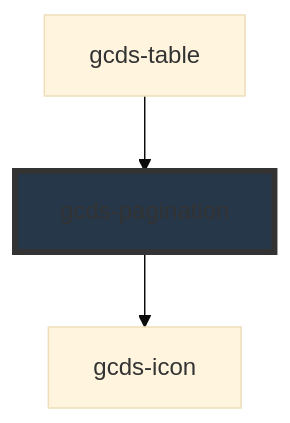
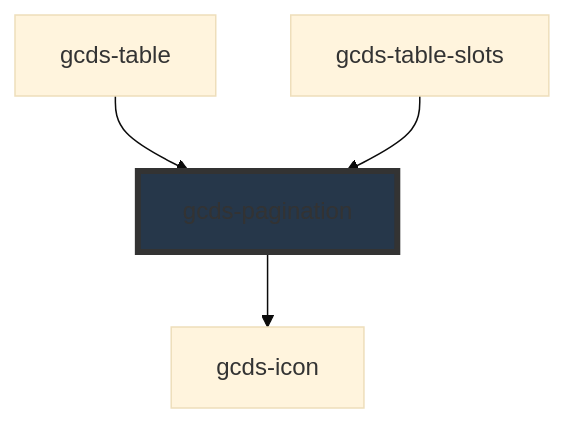
Before and after one commit to cds-snc/gcds-components: the diagram in packages/web/src/components/gcds-pagination/readme.md, drawn with Mermaid (base theme). The commit also changed other lines of this file and 29 other files, not shown here.

Commit message:
Add gcds-table-slots for testing use of slots

````diff
--- a/packages/web/src/components/gcds-pagination/readme.md
+++ b/packages/web/src/components/gcds-pagination/readme.md
@@ -47,6 +48,7 @@
 ```mermaid
 graph TD;
   gcds-pagination --> gcds-icon
   gcds-table --> gcds-pagination
+  gcds-table-slots --> gcds-pagination
   style gcds-pagination fill:#26374a,stroke:#333,stroke-width:4px
 ```
````
